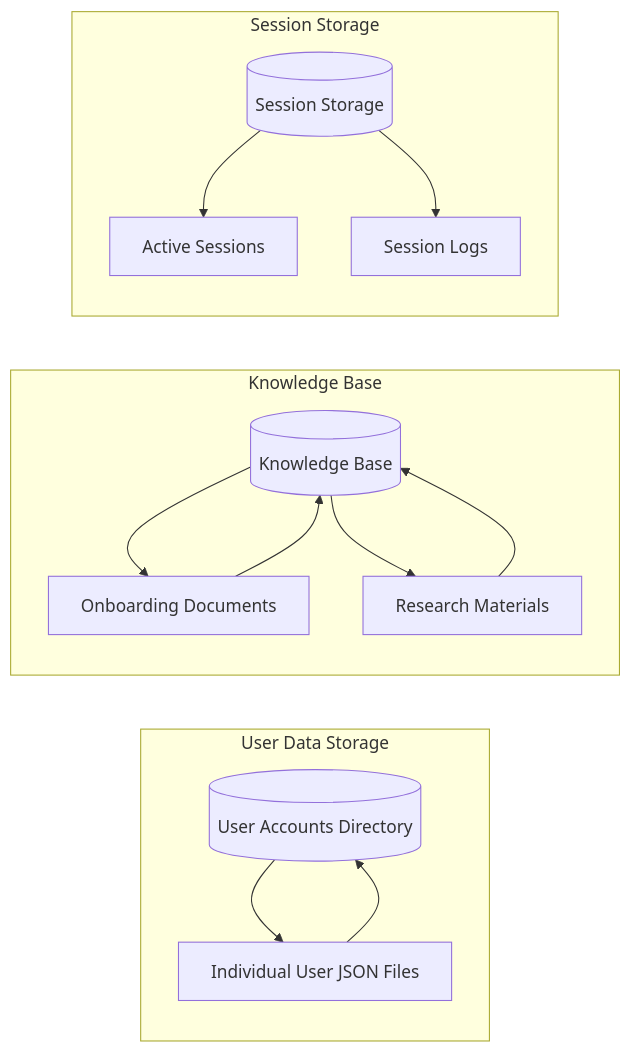
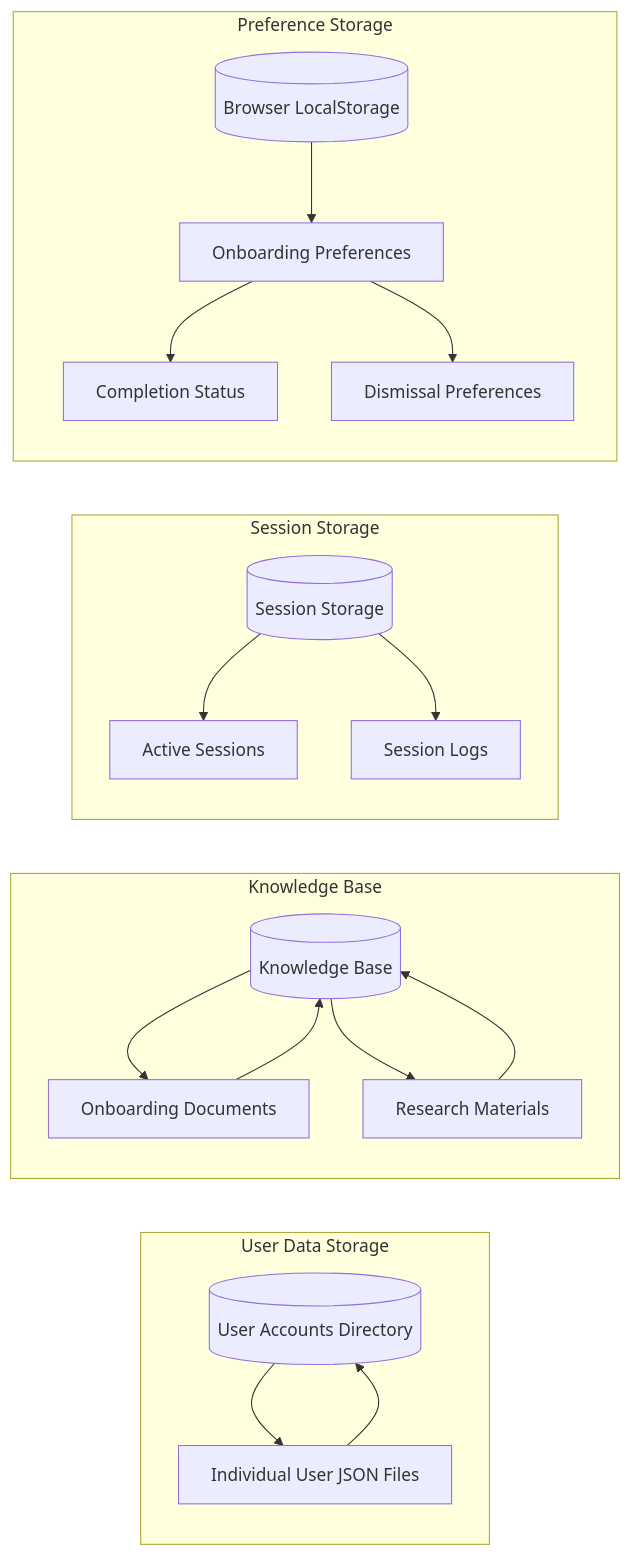
One commit to intellistream/sage-mate changed the fifth of 5 diagrams in .qoder/repowiki/en/content/Core Components/User Onboarding System.md. Above: the diagram before and after it, drawn with Mermaid. The commit also changed other lines of this file and 53 other files, not shown here.

First line of the commit message:
chore: update ROADMAP and changelog for v4.1.0–v4.2.5, frontend UX fixes

````diff
--- a/.qoder/repowiki/en/content/Core Components/User Onboarding System.md
+++ b/.qoder/repowiki/en/content/Core Components/User Onboarding System.md
@@ -220,25 +257,34 @@
 ```mermaid
 graph LR
 subgraph "User Data Storage"
 UserAccounts[(User Accounts Directory)]
 UserData[Individual User JSON Files]
 UserAccounts --> UserData
 end
 subgraph "Knowledge Base"
 KB[(Knowledge Base)]
 OnboardingDocs[Onboarding Documents]
 ResearchDocs[Research Materials]
 KB --> OnboardingDocs
 KB --> ResearchDocs
 end
 subgraph "Session Storage"
 Sessions[(Session Storage)]
 ActiveSessions[Active Sessions]
 SessionLogs[Session Logs]
 Sessions --> ActiveSessions
 Sessions --> SessionLogs
 end
+subgraph "Preference Storage"
+LocalStorage[(Browser LocalStorage)]
+OnboardingPrefs[Onboarding Preferences]
+CompletionPrefs[Completion Status]
+DismissalPrefs[Dismissal Preferences]
+LocalStorage --> OnboardingPrefs
+OnboardingPrefs --> CompletionPrefs
+OnboardingPrefs --> DismissalPrefs
+end
 UserData --> UserAccounts
 OnboardingDocs --> KB
 ResearchDocs --> KB
 ```
````
